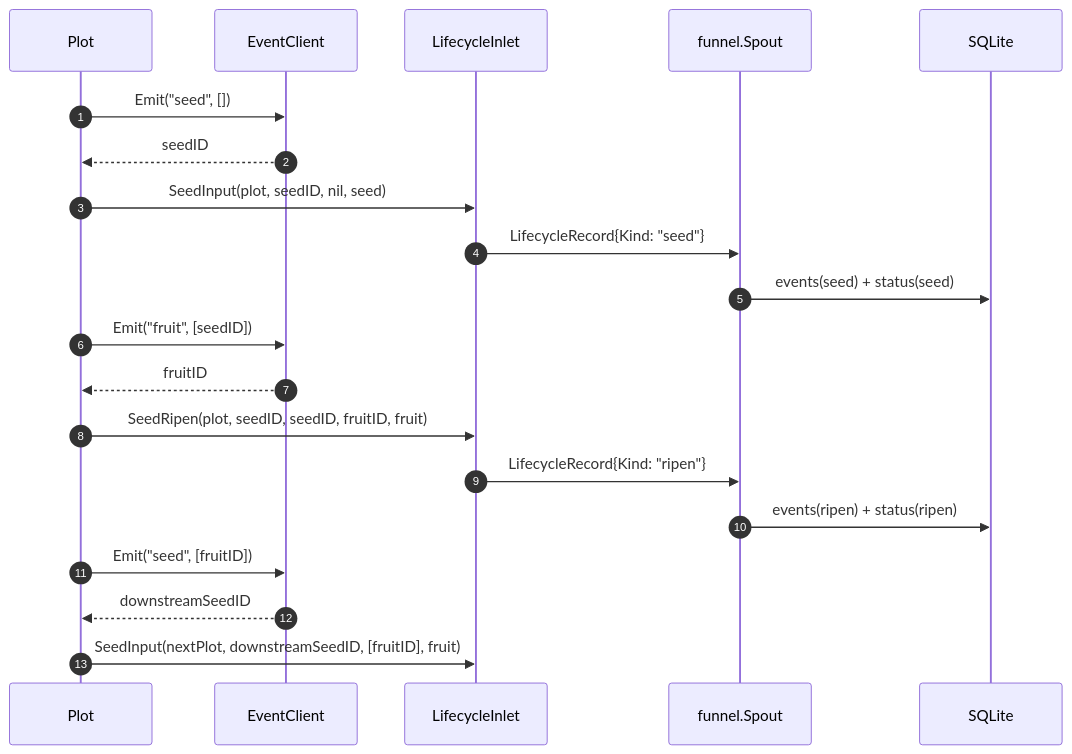
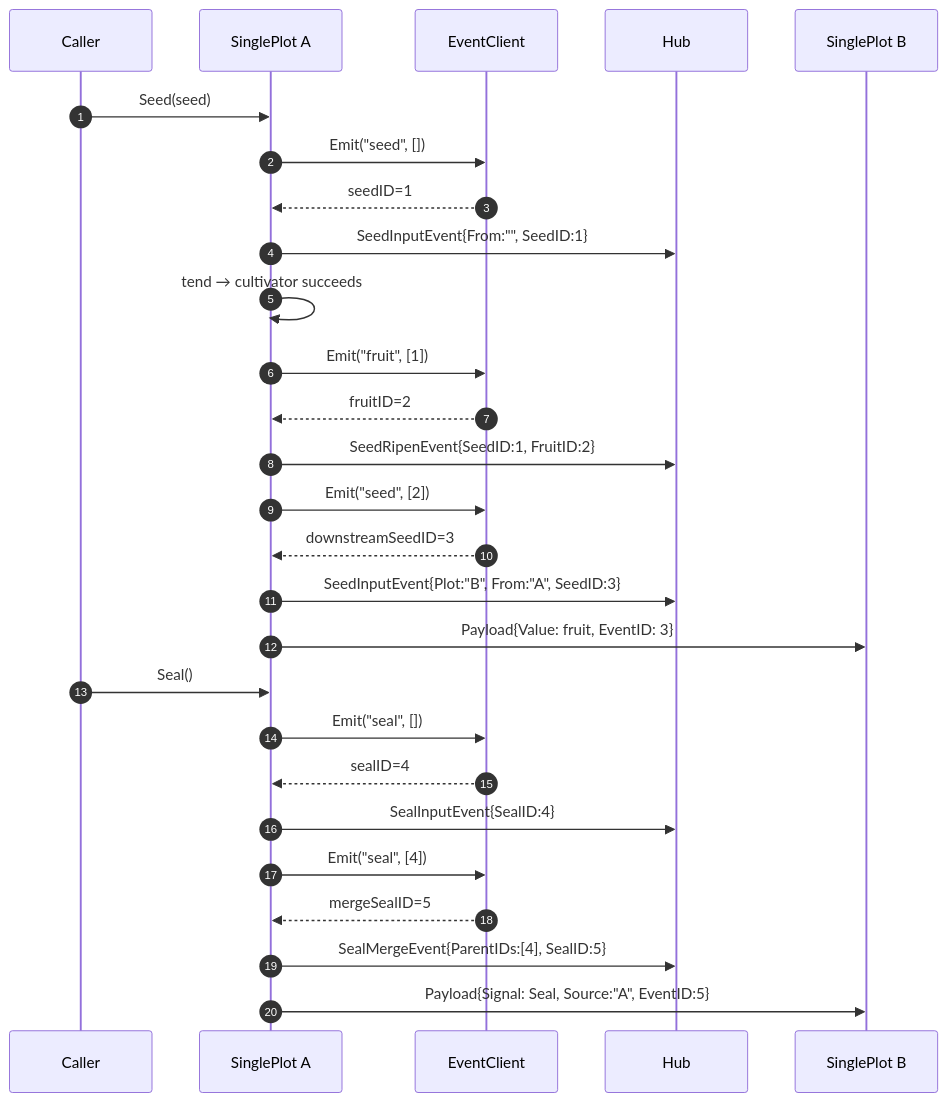
The third of 4 diagrams in docs/en/pkg/runtime/event.md (Mr-xiaotian/CelestialGrow), drawn with Mermaid before and after one commit. The commit also changed other lines of this file and 103 other files, not shown here.

````diff
--- a/docs/en/pkg/runtime/event.md
+++ b/docs/en/pkg/runtime/event.md
@@ -117,25 +132,30 @@
 ```mermaid
 sequenceDiagram
     autonumber
-    participant Plot as Plot
+    participant Caller as Caller
+    participant A as SinglePlot A
     participant EC as EventClient
-    participant LI as LifecycleInlet
-    participant Spout as funnel.Spout
-    participant DB as SQLite
+    participant Hub as Hub
+    participant B as SinglePlot B
 
-    Plot->>EC: Emit("seed", [])
-    EC-->>Plot: seedID
-    Plot->>LI: SeedInput(plot, seedID, nil, seed)
-    LI->>Spout: LifecycleRecord{Kind: "seed"}
-    Spout->>DB: events(seed) + status(seed)
-
-    Plot->>EC: Emit("fruit", [seedID])
-    EC-->>Plot: fruitID
-    Plot->>LI: SeedRipen(plot, seedID, seedID, fruitID, fruit)
-    LI->>Spout: LifecycleRecord{Kind: "ripen"}
-    Spout->>DB: events(ripen) + status(ripen)
-
-    Plot->>EC: Emit("seed", [fruitID])
-    EC-->>Plot: downstreamSeedID
-    Plot->>LI: SeedInput(nextPlot, downstreamSeedID, [fruitID], fruit)
+    Caller->>A: Seed(seed)
+    A->>EC: Emit("seed", [])
+    EC-->>A: seedID=1
+    A->>Hub: SeedInputEvent{From:"", SeedID:1}
+    A->>A: tend → cultivator succeeds
+    A->>EC: Emit("fruit", [1])
+    EC-->>A: fruitID=2
+    A->>Hub: SeedRipenEvent{SeedID:1, FruitID:2}
+    A->>EC: Emit("seed", [2])
+    EC-->>A: downstreamSeedID=3
+    A->>Hub: SeedInputEvent{Plot:"B", From:"A", SeedID:3}
+    A->>B: Payload{Value: fruit, EventID: 3}
+    Caller->>A: Seal()
+    A->>EC: Emit("seal", [])
+    EC-->>A: sealID=4
+    A->>Hub: SealInputEvent{SealID:4}
+    A->>EC: Emit("seal", [4])
+    EC-->>A: mergeSealID=5
+    A->>Hub: SealMergeEvent{ParentIDs:[4], SealID:5}
+    A->>B: Payload{Signal: Seal, Source:"A", EventID:5}
 ```
````
